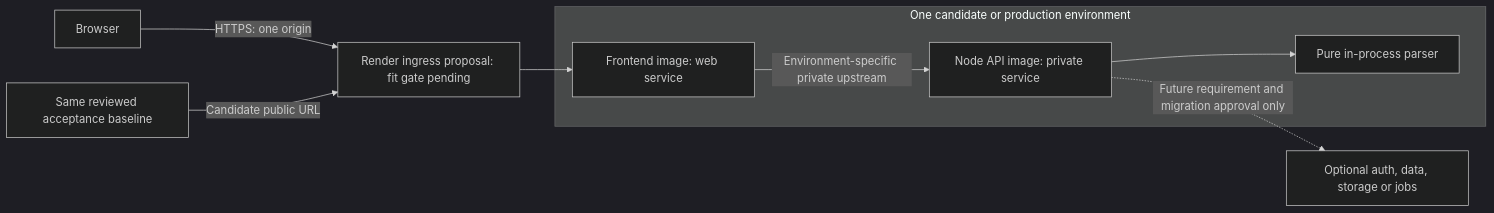
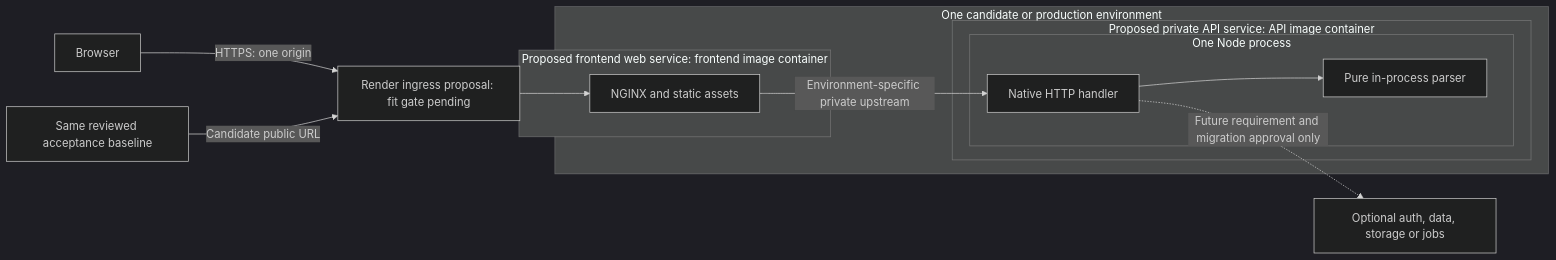
Before and after one commit to brobro10000/mp3-frame-counter: the first of 2 diagrams in docs/architecture/v1.md, drawn with Mermaid (dark theme). The commit also changed other lines of this file and 94 other files, not shown here.

````diff
--- a/docs/architecture/v1.md
+++ b/docs/architecture/v1.md
@@ -67,11 +63,18 @@
 ```mermaid
 flowchart LR
     B["Browser"] -->|"HTTPS: one origin"| I["Render ingress proposal: fit gate pending"]
     subgraph ENV["One candidate or production environment"]
-        F["Frontend image: web service"] -->|"Environment-specific private upstream"| A["Node API image: private service"]
-        A --> P["Pure in-process parser"]
+        subgraph FRONT["Proposed frontend web service: frontend image container"]
+            F["NGINX and static assets"]
+        end
+        subgraph BACK["Proposed private API service: API image container"]
+            subgraph NODE["One Node process"]
+                A["Native HTTP handler"] --> P["Pure in-process parser"]
+            end
+        end
+        F -->|"Environment-specific private upstream"| A
     end
     I --> F
     T["Same reviewed acceptance baseline"] -->|"Candidate public URL"| I
     A -.->|"Future requirement and migration approval only"| S["Optional auth, data, storage or jobs"]
 ```
````
